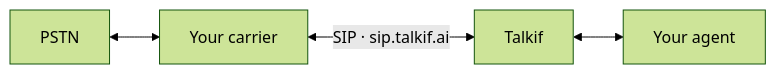
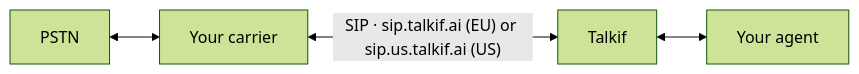
Before and after one commit to Talkif-ai/docs: the diagram in fern/docs/pages/telephony/bring-your-own-sip-trunk.mdx, drawn with Mermaid (forest theme). The commit also changed other lines of this file and 5 other files, not shown here.

First line of the commit message:
docs: both SIP regions, public carrier addresses, editing flows with retired models (#24)

````diff
--- a/fern/docs/pages/telephony/bring-your-own-sip-trunk.mdx
+++ b/fern/docs/pages/telephony/bring-your-own-sip-trunk.mdx
@@ -12,6 +12,6 @@
 ```mermaid
 flowchart LR
   P[PSTN] <--> C[Your carrier]
-  C <-->|"SIP · sip.talkif.ai"| T[Talkif]
+  C <-->|"SIP · sip.talkif.ai (EU) or sip.us.talkif.ai (US)"| T[Talkif]
   T <--> A[Your agent]
 ```
````
